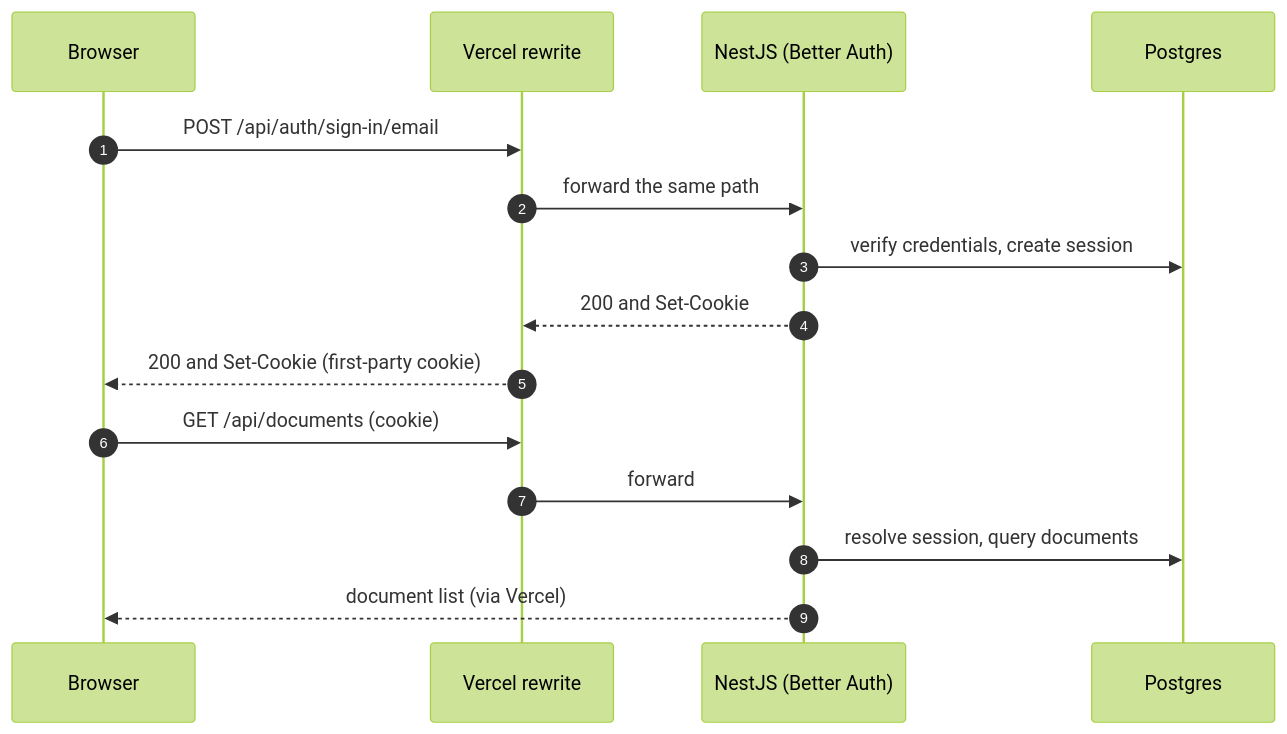
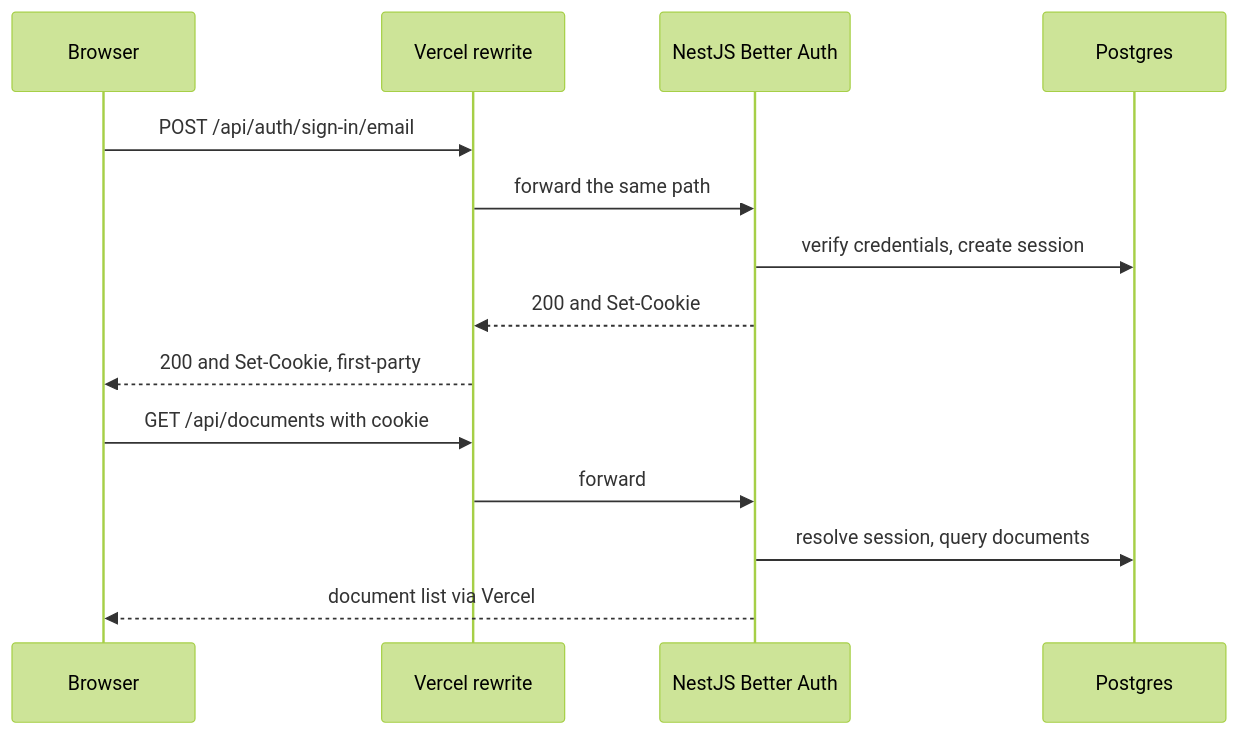
The third of 18 diagrams in docs/architecture-lld.md (syncspace-app/syncspace), drawn with Mermaid (forest theme) before and after one commit. The commit also changed other lines of this file and 2 other files, not shown here.

````diff
--- a/docs/architecture-lld.md
+++ b/docs/architecture-lld.md
@@ -247,18 +265,16 @@
 ```mermaid
 sequenceDiagram
-  autonumber
   participant B as Browser
   participant V as Vercel rewrite
-  participant A as NestJS (Better Auth)
-  participant D as Postgres
-
+  participant A as NestJS Better Auth
+  participant P as Postgres
   B->>V: POST /api/auth/sign-in/email
   V->>A: forward the same path
-  A->>D: verify credentials, create session
+  A->>P: verify credentials, create session
   A-->>V: 200 and Set-Cookie
-  V-->>B: 200 and Set-Cookie (first-party cookie)
-  B->>V: GET /api/documents (cookie)
+  V-->>B: 200 and Set-Cookie, first-party
+  B->>V: GET /api/documents with cookie
   V->>A: forward
-  A->>D: resolve session, query documents
-  A-->>B: document list (via Vercel)
+  A->>P: resolve session, query documents
+  A-->>B: document list via Vercel
 ```
````
